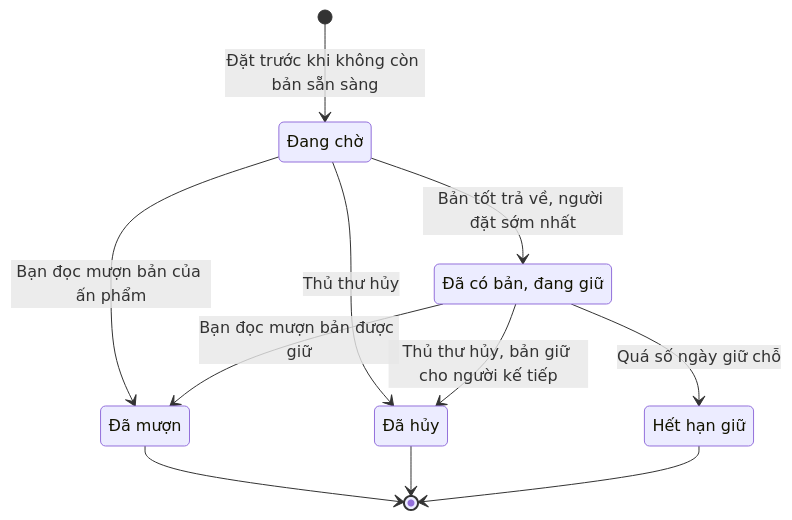
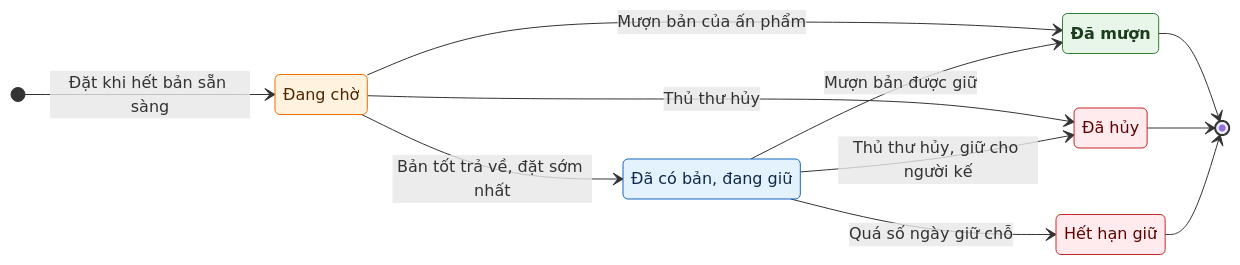
The second of 8 diagrams in tai_lieu/34_TONG_HOP_CHUC_NANG_HE_THONG/06_THU_VIEN_HOC_LIEU_VA_UNG_DUNG.md (luckyshopvn/school_management), drawn with Mermaid before and after one commit. The commit also changed other lines of this file and 8 other files, not shown here.

First line of the commit message:
Tài liệu 34: vẽ lại toàn bộ sơ đồ cho trực quan, thêm bản PDF gộp

````diff
--- a/tai_lieu/34_TONG_HOP_CHUC_NANG_HE_THONG/06_THU_VIEN_HOC_LIEU_VA_UNG_DUNG.md
+++ b/tai_lieu/34_TONG_HOP_CHUC_NANG_HE_THONG/06_THU_VIEN_HOC_LIEU_VA_UNG_DUNG.md
@@ -411,18 +473,32 @@
 ```mermaid
 stateDiagram-v2
-    state "Đang chờ" as waiting
-    state "Đã có bản, đang giữ" as ready
-    state "Đã mượn" as fulfilled
-    state "Đã hủy" as cancelled
-    state "Hết hạn giữ" as expired
-    [*] --> waiting : Đặt trước khi không còn bản sẵn sàng
-    waiting --> ready : Bản tốt trả về, người đặt sớm nhất
-    waiting --> fulfilled : Bạn đọc mượn bản của ấn phẩm
-    ready --> fulfilled : Bạn đọc mượn bản được giữ
-    waiting --> cancelled : Thủ thư hủy
-    ready --> cancelled : Thủ thư hủy, bản giữ cho người kế tiếp
-    ready --> expired : Quá số ngày giữ chỗ
-    fulfilled --> [*]
-    cancelled --> [*]
-    expired --> [*]
+  direction LR
+  classDef nhap fill:#eceff1,stroke:#546e7a,color:#263238
+  classDef cho fill:#fff3e0,stroke:#ef6c00,color:#4e2600
+  classDef dang fill:#e3f2fd,stroke:#1565c0,color:#0d2a4a
+  classDef xong fill:#e8f5e9,stroke:#2e7d32,color:#1b3d1d,font-weight:bold
+  classDef huy fill:#ffebee,stroke:#c62828,color:#5f0000
+
+  state "Đang chờ" as waiting
+  state "Đã có bản, đang giữ" as ready
+  state "Đã mượn" as fulfilled
+  state "Đã hủy" as cancelled
+  state "Hết hạn giữ" as expired
+
+  [*] --> waiting : Đặt khi hết bản sẵn sàng
+  waiting --> ready : Bản tốt trả về, đặt sớm nhất
+  waiting --> fulfilled : Mượn bản của ấn phẩm
+  ready --> fulfilled : Mượn bản được giữ
+  waiting --> cancelled : Thủ thư hủy
+  ready --> cancelled : Thủ thư hủy, giữ cho người kế
+  ready --> expired : Quá số ngày giữ chỗ
+  fulfilled --> [*]
+  cancelled --> [*]
+  expired --> [*]
+
+  class waiting cho
+  class ready dang
+  class fulfilled xong
+  class cancelled huy
+  class expired huy
 ```
````
